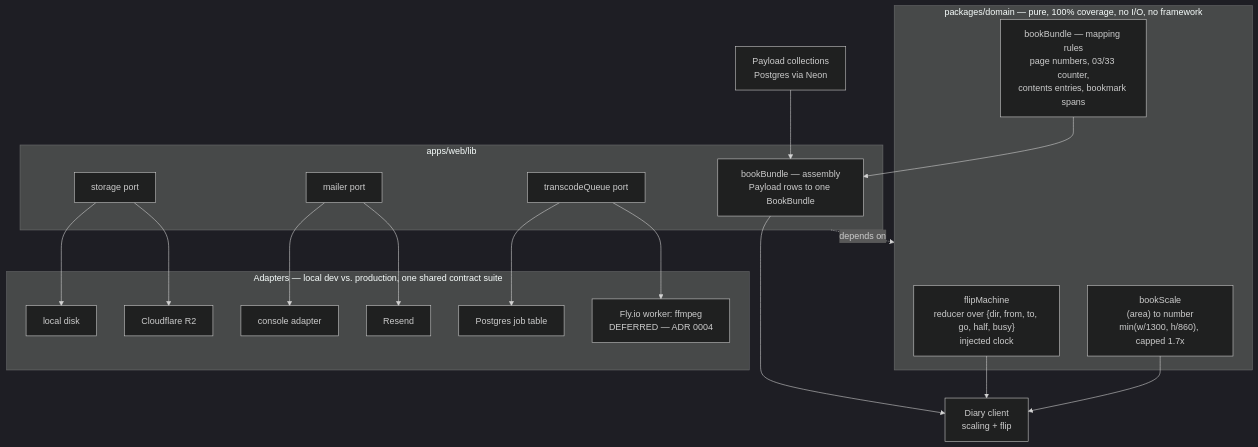
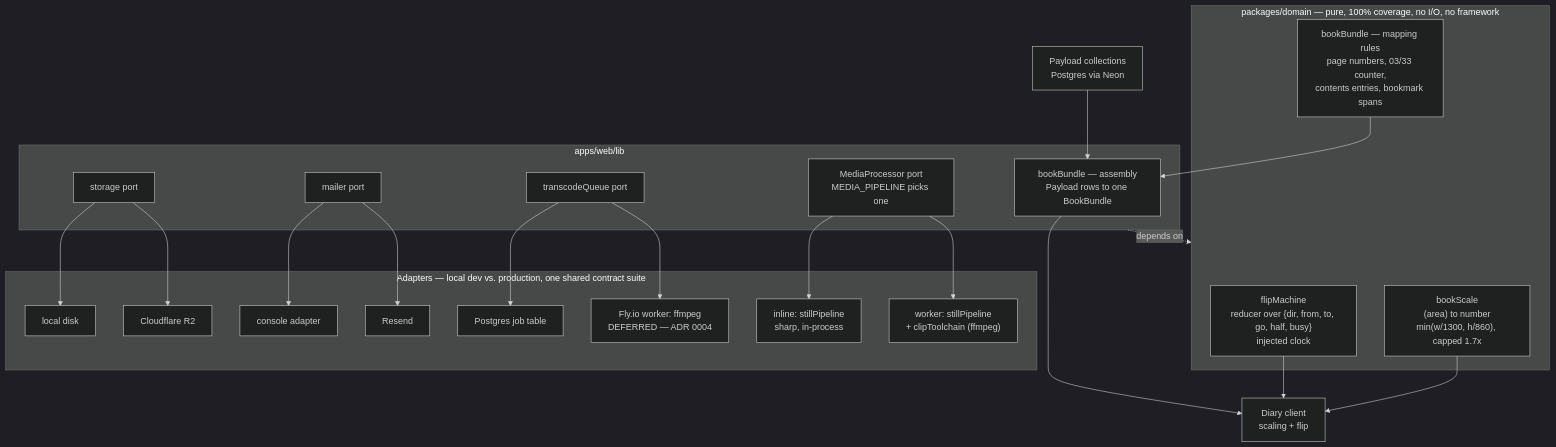
Before and after one commit to masumbillah3416/journal: the first of 2 diagrams in docs/architecture.md, drawn with Mermaid (dark theme). The commit also changed other lines of this file, not shown here.

````diff
--- a/docs/architecture.md
+++ b/docs/architecture.md
@@ -491,39 +491,44 @@
 ```mermaid
 flowchart TB
   subgraph domain["packages/domain — pure, 100% coverage, no I/O, no framework"]
     flipMachine["flipMachine<br/>reducer over {dir, from, to, go, half, busy}<br/>injected clock"]
     bookScale["bookScale<br/>(area) to number<br/>min(w/1300, h/860), capped 1.7x"]
     bookBundleDomain["bookBundle — mapping rules<br/>page numbers, 03/33 counter,<br/>contents entries, bookmark spans"]
   end
 
   subgraph webLib["apps/web/lib"]
     bookBundleWeb["bookBundle — assembly<br/>Payload rows to one BookBundle"]
     storagePort["storage port"]
     mailerPort["mailer port"]
     queuePort["transcodeQueue port"]
+    mediaProcessorPort["MediaProcessor port<br/>MEDIA_PIPELINE picks one"]
   end
 
   subgraph adapters["Adapters — local dev vs. production, one shared contract suite"]
     localDisk["local disk"]
     r2["Cloudflare R2"]
     consoleMail["console adapter"]
     resend["Resend"]
     pgQueue["Postgres job table"]
     worker["Fly.io worker: ffmpeg<br/>DEFERRED — ADR 0004"]
+    inlineProcessor["inline: stillPipeline<br/>sharp, in-process"]
+    workerProcessor["worker: stillPipeline<br/>+ clipToolchain (ffmpeg)"]
   end
 
   payload["Payload collections<br/>Postgres via Neon"] --> bookBundleWeb
   bookBundleDomain --> bookBundleWeb
   bookBundleWeb --> diaryClient["Diary client<br/>scaling + flip"]
   flipMachine --> diaryClient
   bookScale --> diaryClient
 
   storagePort --> localDisk
   storagePort --> r2
   mailerPort --> consoleMail
   mailerPort --> resend
   queuePort --> pgQueue
   queuePort --> worker
+  mediaProcessorPort --> inlineProcessor
+  mediaProcessorPort --> workerProcessor
 
   webLib -.->|depends on| domain
 ```
````
